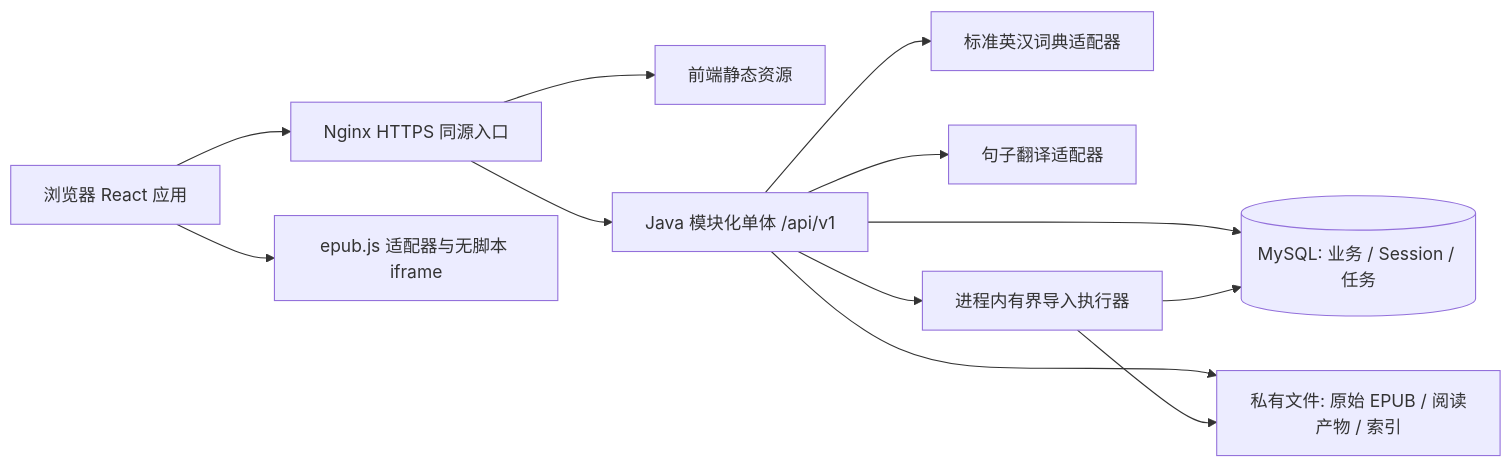
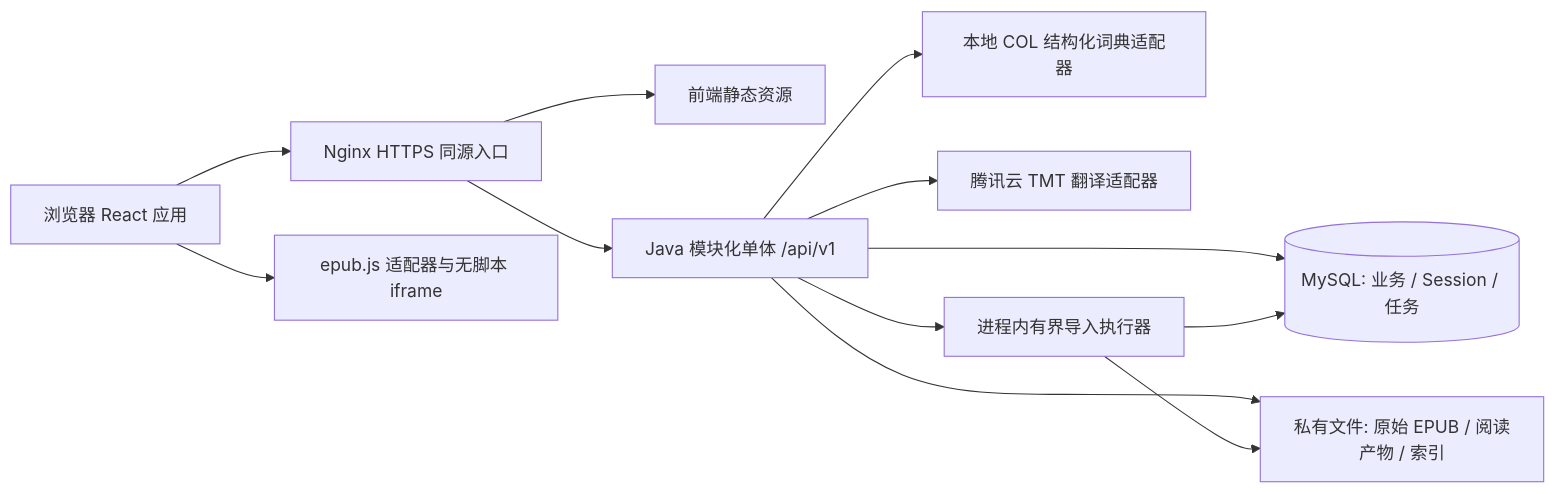
Before and after one commit to fcj0633/readict-design: the first of 4 diagrams in docs/technical/architecture/Readict-V1.1-系统技术设计.md, drawn with Mermaid. The commit also changed other lines of this file and 10 other files, not shown here.

````diff
--- a/docs/technical/architecture/Readict-V1.1-系统技术设计.md
+++ b/docs/technical/architecture/Readict-V1.1-系统技术设计.md
@@ -118,14 +124,14 @@
 ```mermaid
 flowchart LR
     U[浏览器 React 应用] --> N[Nginx HTTPS 同源入口]
     N --> S[前端静态资源]
     N --> J[Java 模块化单体 /api/v1]
     U --> R[epub.js 适配器与无脚本 iframe]
     J --> DB[(MySQL: 业务 / Session / 任务)]
     J --> F[私有文件: 原始 EPUB / 阅读产物 / 索引]
-    J --> D[标准英汉词典适配器]
-    J --> T[句子翻译适配器]
+    J --> D[本地 COL 结构化词典适配器]
+    J --> T[腾讯云 TMT 翻译适配器]
     J --> W[进程内有界导入执行器]
     W --> DB
     W --> F
 ```
````
